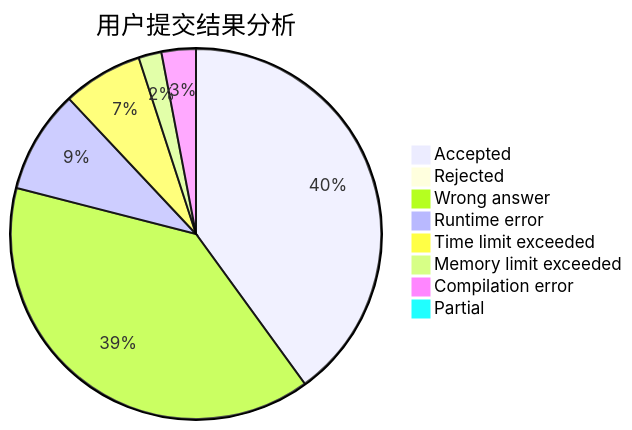
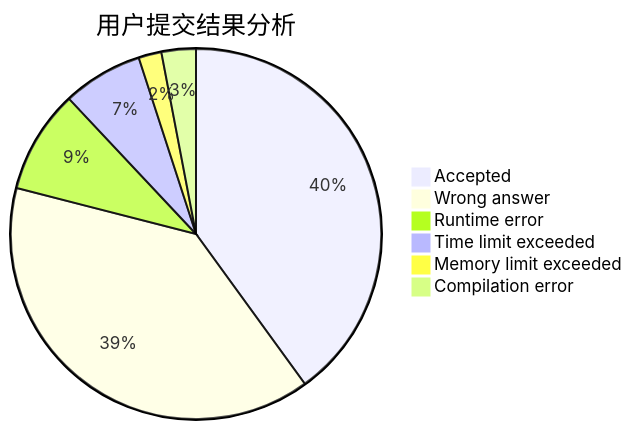
The first of 3 diagrams in docs/user/u224.md (sherpahu/cfrs.github.io), drawn with Mermaid before and after one commit. The commit also changed 2770 other files, not shown here.

````diff
--- a/docs/user/u224.md
+++ b/docs/user/u224.md
@@ -5,11 +5,9 @@
 ```mermaid
 pie title 用户提交结果分析
     "Accepted" :  40
-    "Rejected" :  0
     "Wrong answer" :  39
     "Runtime error" :  9
     "Time limit exceeded" :  7
     "Memory limit exceeded" :  2
     "Compilation error" :  3
-    "Partial" :  0
 ```
````
